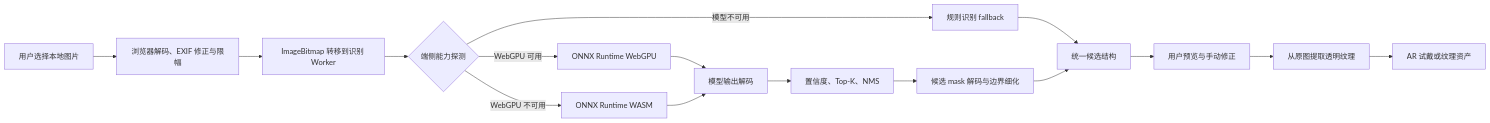
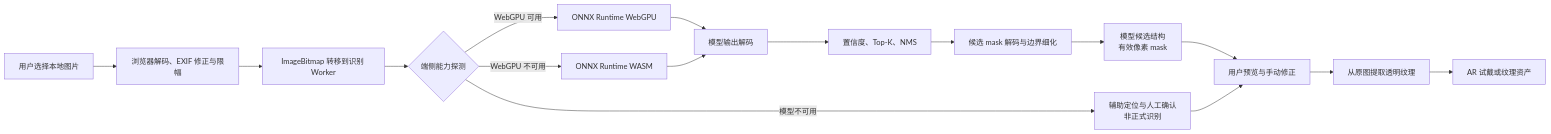
The first of 2 diagrams in docs/nail-texture-local-inference-implementation-spec.md (yaoyinyu/JiaRu), drawn with Mermaid before and after one commit. The commit also changed other lines of this file and 11 other files, not shown here.

````diff
--- a/docs/nail-texture-local-inference-implementation-spec.md
+++ b/docs/nail-texture-local-inference-implementation-spec.md
@@ -116,18 +116,18 @@
 ```mermaid
 flowchart LR
     A["用户选择本地图片"] --> B["浏览器解码、EXIF 修正与限幅"]
     B --> C["ImageBitmap 转移到识别 Worker"]
     C --> D{"端侧能力探测"}
     D -->|"WebGPU 可用"| E["ONNX Runtime WebGPU"]
     D -->|"WebGPU 不可用"| F["ONNX Runtime WASM"]
-    D -->|"模型不可用"| G["规则识别 fallback"]
+    D -->|"模型不可用"| G["辅助定位与人工确认<br/>非正式识别"]
     E --> H["模型输出解码"]
     F --> H
-    G --> I["统一候选结构"]
     H --> J["置信度、Top-K、NMS"]
     J --> K["候选 mask 解码与边界细化"]
-    K --> I
+    K --> I["模型候选结构<br/>有效像素 mask"]
     I --> L["用户预览与手动修正"]
+    G --> L
     L --> M["从原图提取透明纹理"]
     M --> N["AR 试戴或纹理资产"]
 ```
````
